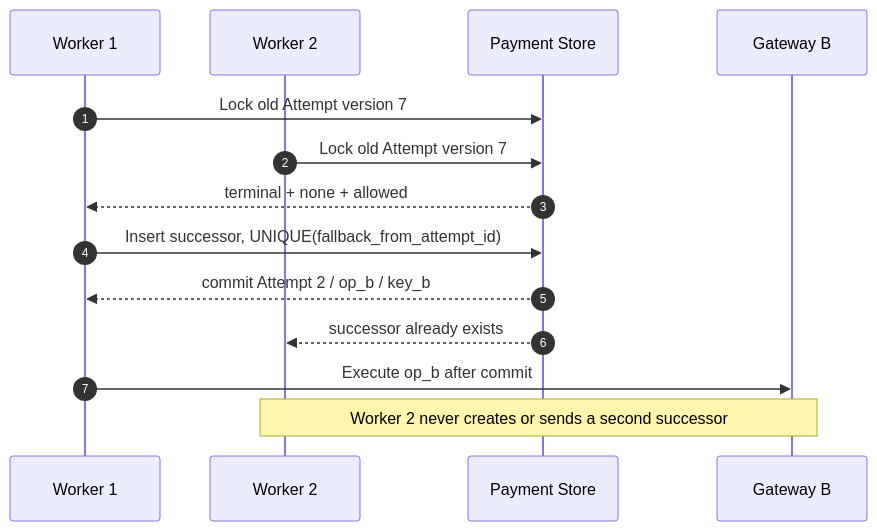
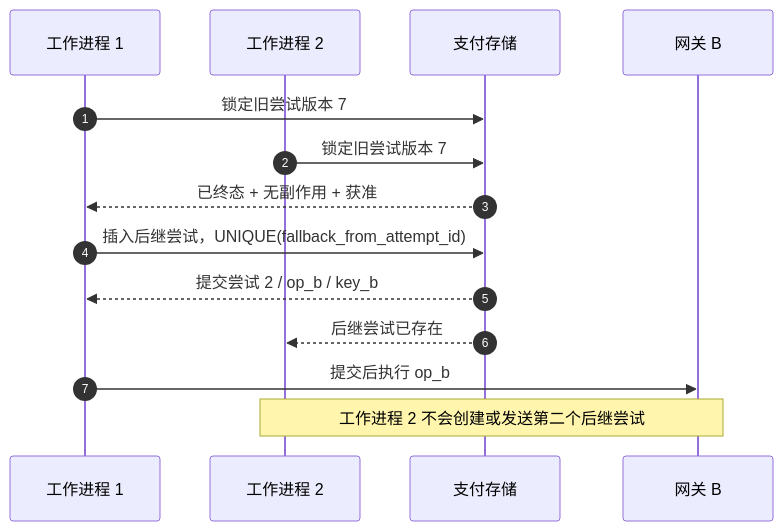
One commit to YouEclipse/Designing-Modern-Payment-Systems changed the fourth of 4 diagrams in part-3-reliability/fallback-routing.md. Above: the diagram before and after it, drawn with Mermaid. The commit also changed other lines of this file and 59 other files, not shown here.

````diff
--- a/part-3-reliability/fallback-routing.md
+++ b/part-3-reliability/fallback-routing.md
@@ -484,17 +484,17 @@
 ```mermaid
 sequenceDiagram
     autonumber
-    participant W1 as Worker 1
-    participant W2 as Worker 2
-    participant DB as Payment Store
-    participant G as Gateway B
+    participant W1 as 工作进程 1
+    participant W2 as 工作进程 2
+    participant DB as 支付存储
+    participant G as 网关 B
 
-    W1->>DB: Lock old Attempt version 7
-    W2->>DB: Lock old Attempt version 7
-    DB-->>W1: terminal + none + allowed
-    W1->>DB: Insert successor, UNIQUE(fallback_from_attempt_id)
-    DB-->>W1: commit Attempt 2 / op_b / key_b
-    DB-->>W2: successor already exists
-    W1->>G: Execute op_b after commit
-    Note over W2,G: Worker 2 never creates or sends a second successor
+    W1->>DB: 锁定旧尝试版本 7
+    W2->>DB: 锁定旧尝试版本 7
+    DB-->>W1: 已终态 + 无副作用 + 获准
+    W1->>DB: 插入后继尝试，UNIQUE(fallback_from_attempt_id)
+    DB-->>W1: 提交尝试 2 / op_b / key_b
+    DB-->>W2: 后继尝试已存在
+    W1->>G: 提交后执行 op_b
+    Note over W2,G: 工作进程 2 不会创建或发送第二个后继尝试
 ```
````
